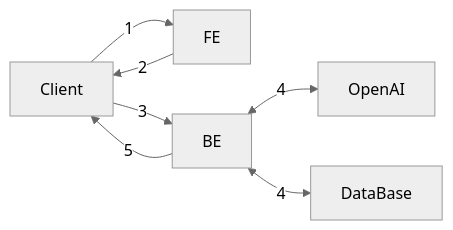
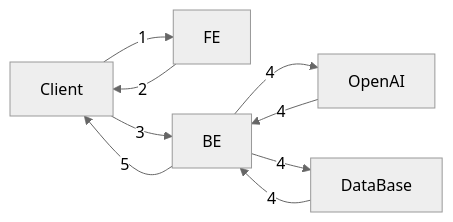
Before and after one commit to ChoiWheatley/personalwiki: the first of 3 diagrams in src/site/notes/docs/3차 프로젝트, ChatGPT를 이용한 챗봇 애플리케이션 - estsoft {Django, DRF}.md, drawn with Mermaid (neutral theme). The commit also changed other lines of this file, not shown here.

````diff
--- a/src/site/notes/docs/3차 프로젝트, ChatGPT를 이용한 챗봇 애플리케이션 - estsoft {Django, DRF}.md
+++ b/src/site/notes/docs/3차 프로젝트, ChatGPT를 이용한 챗봇 애플리케이션 - estsoft {Django, DRF}.md
@@ -37,15 +37,17 @@
 ```mermaid
 flowchart LR
 	id1[Client]
 	id2[FE]
 	id3[BE]
 	id4[OpenAI]
 	id5[DataBase]
 
 	id1 -- 1 --> id2
 	id2 -- 2 --> id1
 	id1 -- 3 --> id3
-	id3 <-- 4 --> id4
-	id3 <-- 4 --> id5
+	id3 -- 4 --> id4
+	id4 -- 4 --> id3
+	id3 -- 4 --> id5
+	id5 -- 4 --> id3
 	id3 -- 5 --> id1
 ```
````
